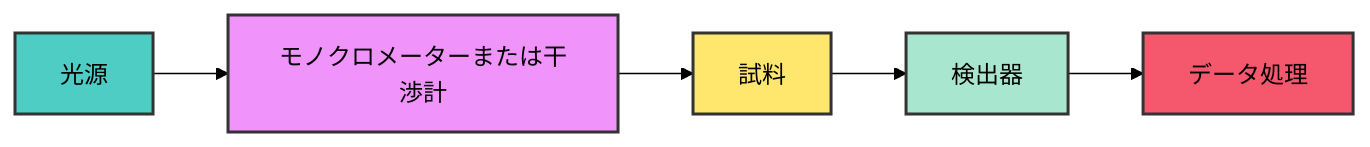
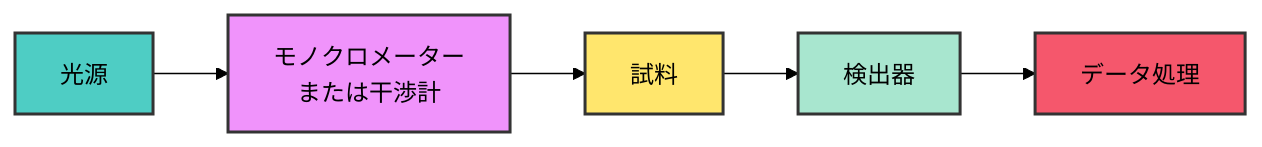
Before and after one commit to YusukeHashimotoLab/AI-Knowledge-Notes: the second of 2 diagrams in knowledge/jp/MS/spectroscopy-introduction/chapter-1.md, drawn with Mermaid (forest theme). The commit also changed other lines of this file and 723 other files, not shown here.

````diff
--- a/knowledge/jp/MS/spectroscopy-introduction/chapter-1.md
+++ b/knowledge/jp/MS/spectroscopy-introduction/chapter-1.md
@@ -786,13 +802,13 @@
     ```mermaid
     graph LR
-        A[光源] --> B[モノクロメーターまたは干渉計]
+        A[光源] --> B[モノクロメーター<br/>または干渉計]
         B --> C[試料]
         C --> D[検出器]
         D --> E[データ処理]
     
         style A fill:#4ecdc4,stroke:#333,stroke-width:2px
         style B fill:#f093fb,stroke:#333,stroke-width:2px
         style C fill:#ffe66d,stroke:#333,stroke-width:2px
         style D fill:#a8e6cf,stroke:#333,stroke-width:2px
         style E fill:#f5576c,stroke:#333,stroke-width:2px
     ```
````
